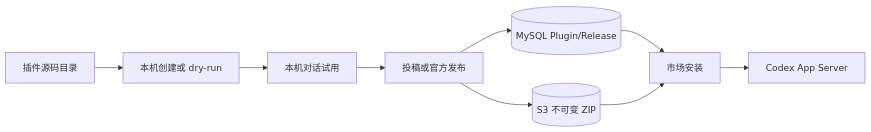
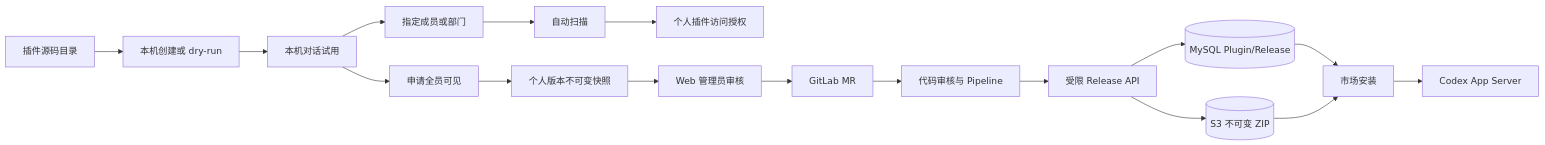
The diagram in i18n/zh/docusaurus-plugin-content-docs/current/wework/developer-guide/wework-plugin-marketplace-dev.md (wecode-ai/wegent-docs), drawn with Mermaid before and after one commit. The commit also changed other lines of this file and 9 other files, not shown here.

````diff
--- a/i18n/zh/docusaurus-plugin-content-docs/current/wework/developer-guide/wework-plugin-marketplace-dev.md
+++ b/i18n/zh/docusaurus-plugin-content-docs/current/wework/developer-guide/wework-plugin-marketplace-dev.md
@@ -24,11 +26,19 @@
 ```mermaid
 flowchart LR
   source[插件源码目录] --> local[本机创建或 dry-run]
   local --> test[本机对话试用]
-  test --> publish[投稿或官方发布]
-  publish --> mysql[(MySQL Plugin/Release)]
-  publish --> s3[(S3 不可变 ZIP)]
+  test --> share[指定成员或部门]
+  share --> scan[自动扫描]
+  scan --> acl[个人插件访问授权]
+  test --> apply[申请全员可见]
+  apply --> snapshot[个人版本不可变快照]
+  snapshot --> admin[Web 管理员审核]
+  admin --> mr[GitLab MR]
+  mr --> pipeline[代码审核与 Pipeline]
+  pipeline --> release[受限 Release API]
+  release --> mysql[(MySQL Plugin/Release)]
+  release --> s3[(S3 不可变 ZIP)]
   mysql --> install[市场安装]
   s3 --> install
   install --> codex[Codex App Server]
 ```
````
